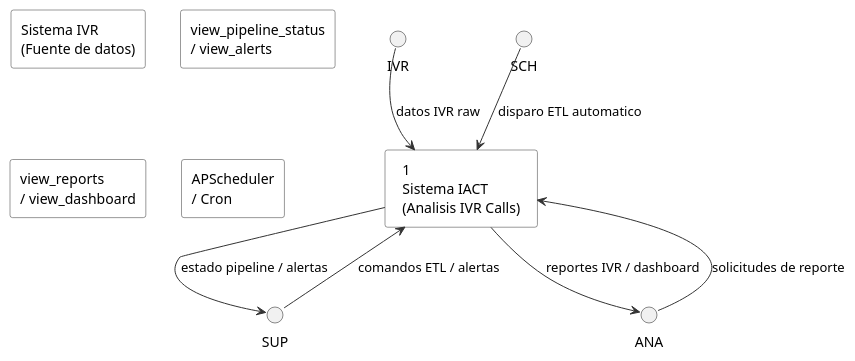
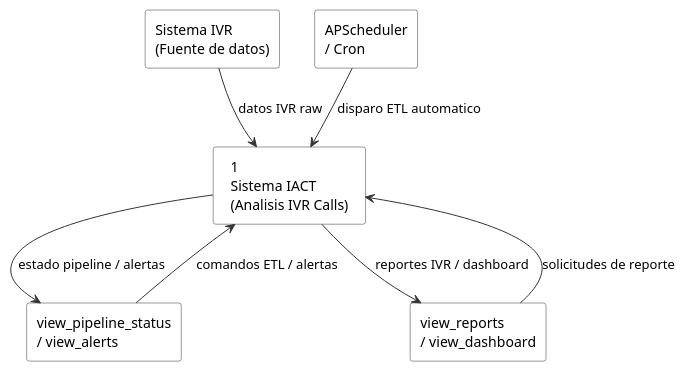
Before and after one commit to jcg-admin/IACT-docs: the diagram in source/arquitectura-tecnica/arquitectura-sistema/dfd-nivel-0-contexto.rst, drawn with PlantUML. The commit also changed 1 other file, not shown here.

Commit message:
Apply WP-3 housekeeping fixes (G-04, G-05)
Fix two defects found in ÉPICA 16 coverage audit:

G-04: dfd-nivel-0-contexto.rst PlantUML diagram had undefined aliases
(IVR, SUP, ANA, SCH) while declaring SistemaIVR, SupervisorSistema,
AnalistaReportes, DisparadorScheduler — diagram did not render. Fixed
all 6 arrow references to use declared alias names.

G-05: vistas-kruchten.rst title said "Vista de Casos de Uso —
Arquitectura Tecnica" but the file is the master index for all 6
vistas 5+1. Corrected to "Vistas Arquitectonicas — Modelo 5+1 IACT".
Version bumped 1.1.0 → 1.2.0.

```diff
--- a/source/arquitectura-tecnica/arquitectura-sistema/dfd-nivel-0-contexto.rst
+++ b/source/arquitectura-tecnica/arquitectura-sistema/dfd-nivel-0-contexto.rst
@@ -28,26 +28,26 @@
 .. uml::
  :caption: Figura 2 — DFD Nivel 0: Sistema IACT como caja negra
 
  @startuml
  skinparam rectangle {
    BackgroundColor white
    BorderColor #333333
    RoundCorner 5
  }
  skinparam arrowColor #333333
 
  rectangle "Sistema IVR\n(Fuente de datos)" as SistemaIVR
  rectangle "view_pipeline_status\n/ view_alerts" as SupervisorSistema
  rectangle "view_reports\n/ view_dashboard" as AnalistaReportes
  rectangle "APScheduler\n/ Cron" as DisparadorScheduler
 
  rectangle "  1\n  Sistema IACT\n  (Analisis IVR Calls)  " as IACT
 
- IVR --> IACT : datos IVR raw
- SUP --> IACT : comandos ETL / alertas
- ANA --> IACT : solicitudes de reporte
- SCH --> IACT : disparo ETL automatico
- IACT --> SUP : estado pipeline / alertas
- IACT --> ANA : reportes IVR / dashboard
+ SistemaIVR --> IACT : datos IVR raw
+ SupervisorSistema --> IACT : comandos ETL / alertas
+ AnalistaReportes --> IACT : solicitudes de reporte
+ DisparadorScheduler --> IACT : disparo ETL automatico
+ IACT --> SupervisorSistema : estado pipeline / alertas
+ IACT --> AnalistaReportes : reportes IVR / dashboard
 
  @enduml
```
